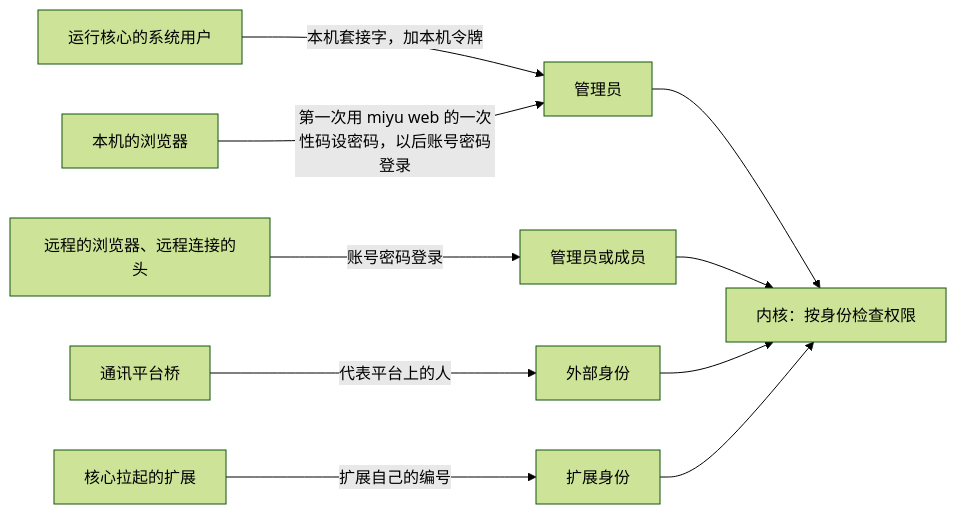
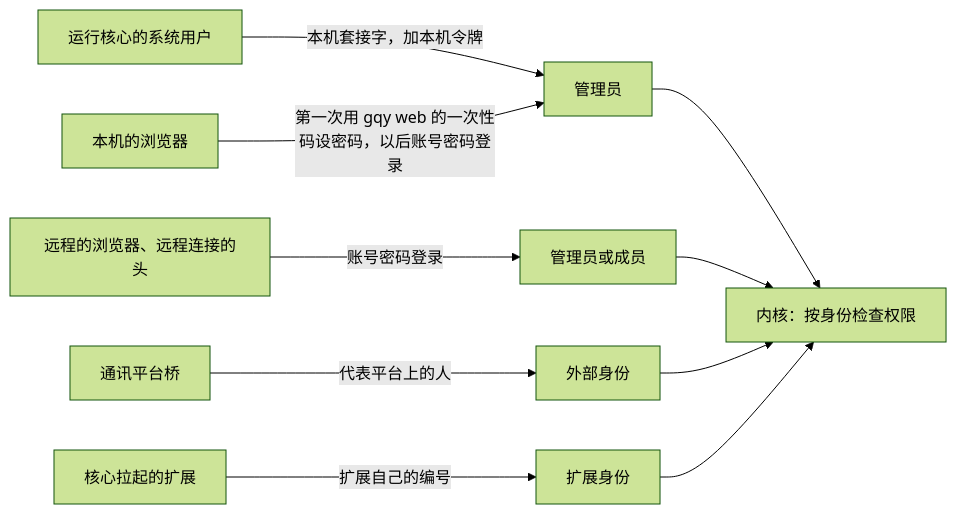
Before and after one commit to yxxbc/GQYv2: the first of 4 diagrams in docs/designs/06-多用户与身份.md, drawn with Mermaid (forest theme). The commit also changed other lines of this file and 531 other files, not shown here.

Commit message:
docs: replace all miyu references with gqy

````diff
--- a/docs/designs/06-多用户与身份.md
+++ b/docs/designs/06-多用户与身份.md
@@ -28,12 +28,12 @@
 ```mermaid
 flowchart LR
     os["运行核心的系统用户"] -- "本机套接字，加本机令牌" --> admin["管理员"]
-    webl["本机的浏览器"] -- "第一次用 miyu web 的一次性码设密码，以后账号密码登录" --> admin
+    webl["本机的浏览器"] -- "第一次用 gqy web 的一次性码设密码，以后账号密码登录" --> admin
     remote["远程的浏览器、远程连接的头"] -- "账号密码登录" --> acct["管理员或成员"]
     bridge["通讯平台桥"] -- "代表平台上的人" --> ext["外部身份"]
     spawn["核心拉起的扩展"] -- "扩展自己的编号" --> exid["扩展身份"]
     admin --> k["内核：按身份检查权限"]
     acct --> k
     ext --> k
     exid --> k
 ```
````
